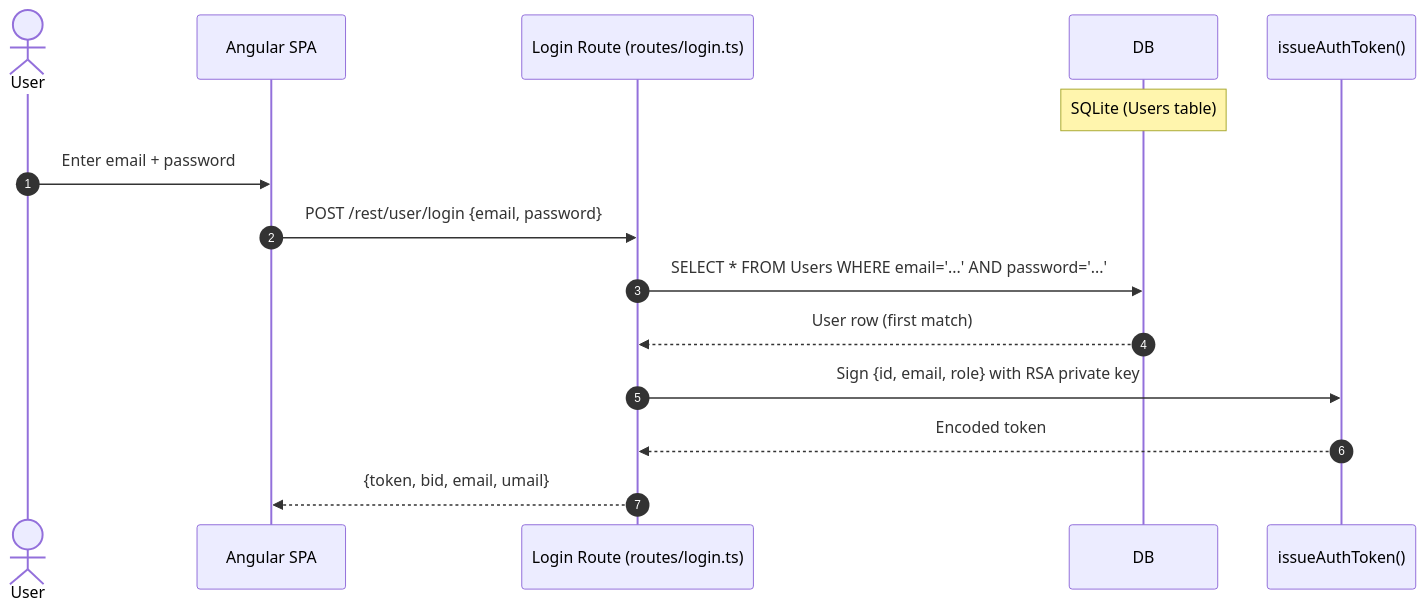
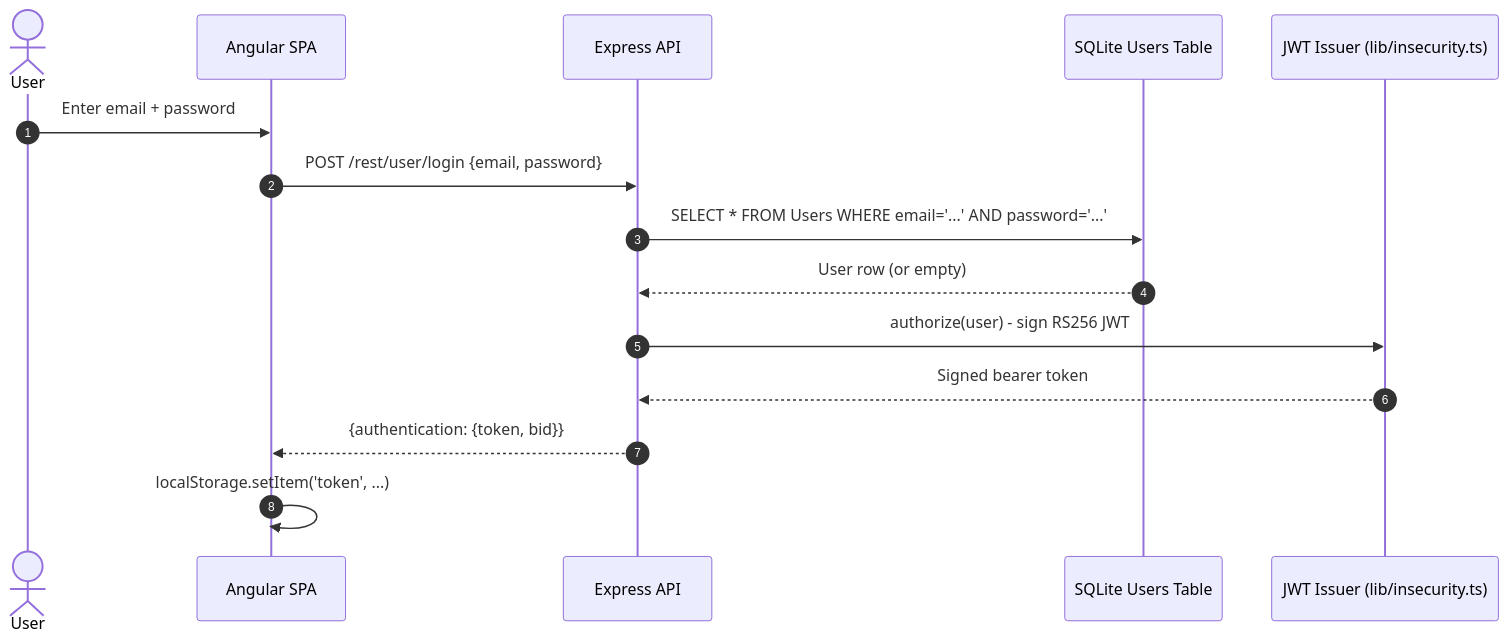
Before and after one commit to appsec-foundry/appsec-advisor: diagram 22 of 27 in examples/threat-modeler/threat-model-juice-shop-standard.md, drawn with Mermaid. The commit also changed other lines of this file and 3 other files, not shown here.

````diff
--- a/examples/threat-modeler/threat-model-juice-shop-standard.md
+++ b/examples/threat-modeler/threat-model-juice-shop-standard.md
@@ -876,18 +1317,18 @@
 ```mermaid
 sequenceDiagram
     autonumber
     actor User
     participant SPA as Angular SPA
-    participant API as Login Route (routes/login.ts)
-    participant DB
-    Note over DB: SQLite (Users table)
-    participant JWT as issueAuthToken()
+    participant API as Express API
+    participant DB as SQLite Users Table
+    participant JWT as JWT Issuer (lib/insecurity.ts)
 
     User->>SPA: Enter email + password
     SPA->>API: POST /rest/user/login {email, password}
     API->>DB: SELECT * FROM Users WHERE email='...' AND password='...'
-    DB-->>API: User row (first match)
-    API->>JWT: Sign {id, email, role} with RSA private key
-    JWT-->>API: Encoded token
-    API-->>SPA: {token, bid, email, umail}
+    DB-->>API: User row (or empty)
+    API->>JWT: authorize(user) - sign RS256 JWT
+    JWT-->>API: Signed bearer token
+    API-->>SPA: {authentication: {token, bid}}
+    SPA->>SPA: localStorage.setItem('token', ...)
 ```
````
